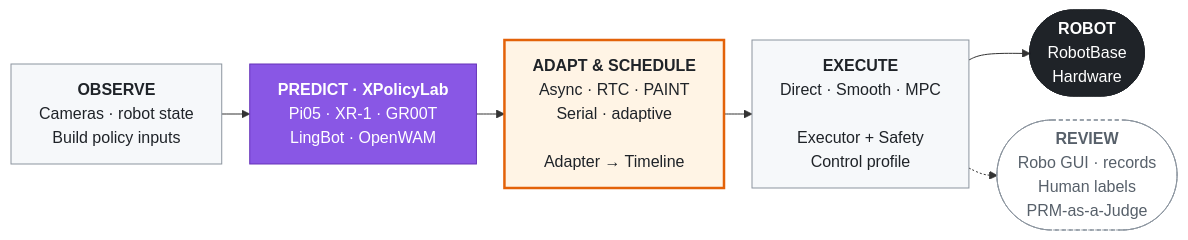
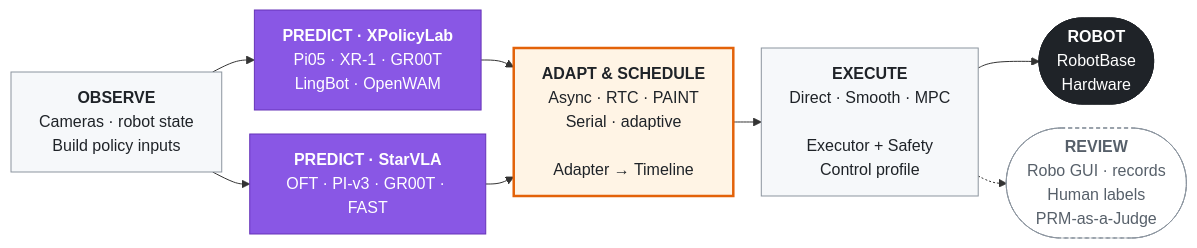
Before and after one commit to GuHaomingcs/manimux: the diagram in README.md, drawn with Mermaid. The commit also changed other lines of this file and 48 other files, not shown here.

Commit message:
feat: integrate StarVLA as a peer policy framework

````diff
--- a/README.md
+++ b/README.md
@@ -98,21 +98,24 @@
 ```mermaid
 %%{init: {"flowchart": {"wrappingWidth": 180, "curve": "basis", "nodeSpacing": 24, "rankSpacing": 28, "padding": 14}}}%%
 flowchart LR
     OBS["<b>OBSERVE</b><br/>Cameras · robot state<br/>Build policy inputs"]:::stage
 
     XPOLICY["<b>PREDICT · XPolicyLab</b><br/>Pi05 · XR-1 · GR00T<br/>LingBot · OpenWAM"]:::xpolicy
 
+    STARVLA["<b>PREDICT · StarVLA</b><br/>OFT · PI-v3 · GR00T · FAST"]:::xpolicy
+
     PLAN["<b>ADAPT & SCHEDULE</b><br/>Async · RTC · PAINT<br/>Serial · adaptive<br/><br/>Adapter → Timeline"]:::handoff
     ACT["<b>EXECUTE</b><br/>Direct · Smooth · MPC<br/><br/>Executor + Safety<br/>Control profile"]:::stage
     ROBOT(["<b>ROBOT</b><br/>RobotBase<br/>Hardware"]):::robot
     REVIEW(["<b>REVIEW</b><br/>Robo GUI · records<br/>Human labels<br/>PRM-as-a-Judge"]):::side
 
     OBS --> XPOLICY --> PLAN --> ACT --> ROBOT
+    OBS --> STARVLA --> PLAN
     ACT -.-> REVIEW
 
     classDef stage fill:#F6F8FA,stroke:#8C959F,stroke-width:1px,color:#1F2328
     classDef handoff fill:#FFF4E5,stroke:#E36209,stroke-width:2.5px,color:#1F2328
     classDef side fill:#FFFFFF,stroke:#8C959F,stroke-dasharray:4 3,color:#57606A
     classDef robot fill:#1F2328,stroke:#1F2328,color:#FFFFFF
     classDef xpolicy fill:#8957E5,stroke:#6633B8,color:#FFFFFF
 ```
````
